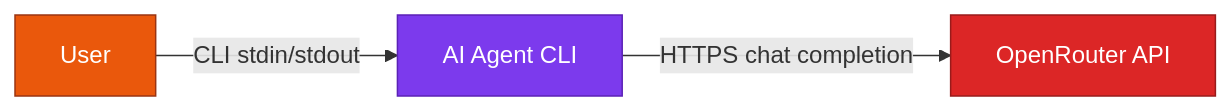
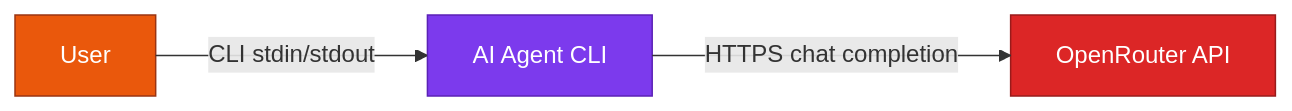
One commit to EduardoRenani/ai-agent-xstate changed the first of 2 diagrams in README.md. Above: the diagram before and after it, drawn with Mermaid. The commit also changed other lines of this file and 3 other files, not shown here.

First line of the commit message:
build: sync README mermaid blocks from architecture .mmd via pre-commit hook

````diff
--- a/README.md
+++ b/README.md
@@ -18,15 +19,26 @@
 ```mermaid
+---
+config:
+  layout: elk
+  flowchart:
+    nodeSpacing: 80
+    rankSpacing: 100
+---
+%% Spec: c4-doc.md
+%% Modo: incremental
+%% Atualizado: 2026-05-15
+%% Fonte: src/index.ts, src/machine.ts, src/llm-client.ts
 flowchart LR
     user[User]:::entry
 
     system[AI Agent CLI]:::harness
 
     openrouter[OpenRouter API]:::external
 
     user -->|CLI stdin/stdout| system
     system -->|HTTPS chat completion| openrouter
 
     classDef entry fill:#ea580c,stroke:#9a3412,color:#fff
     classDef harness fill:#7c3aed,stroke:#5b21b6,color:#fff
     classDef external fill:#dc2626,stroke:#991b1b,color:#fff
 ```
````
